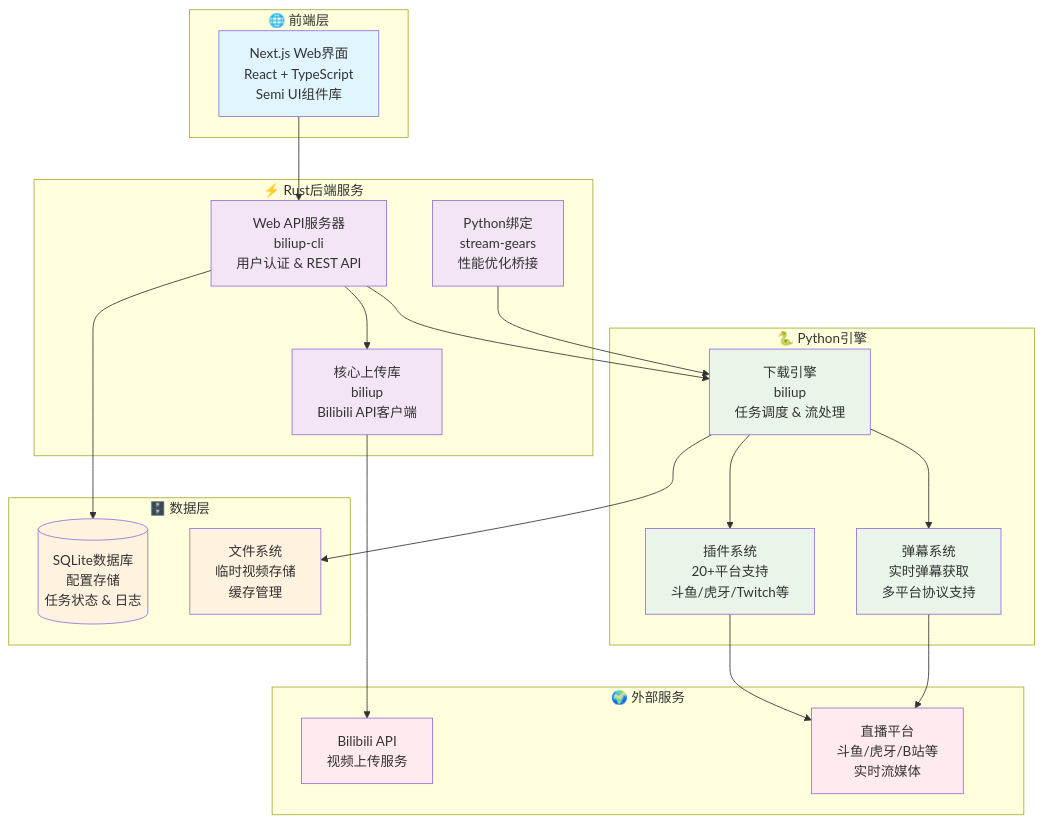
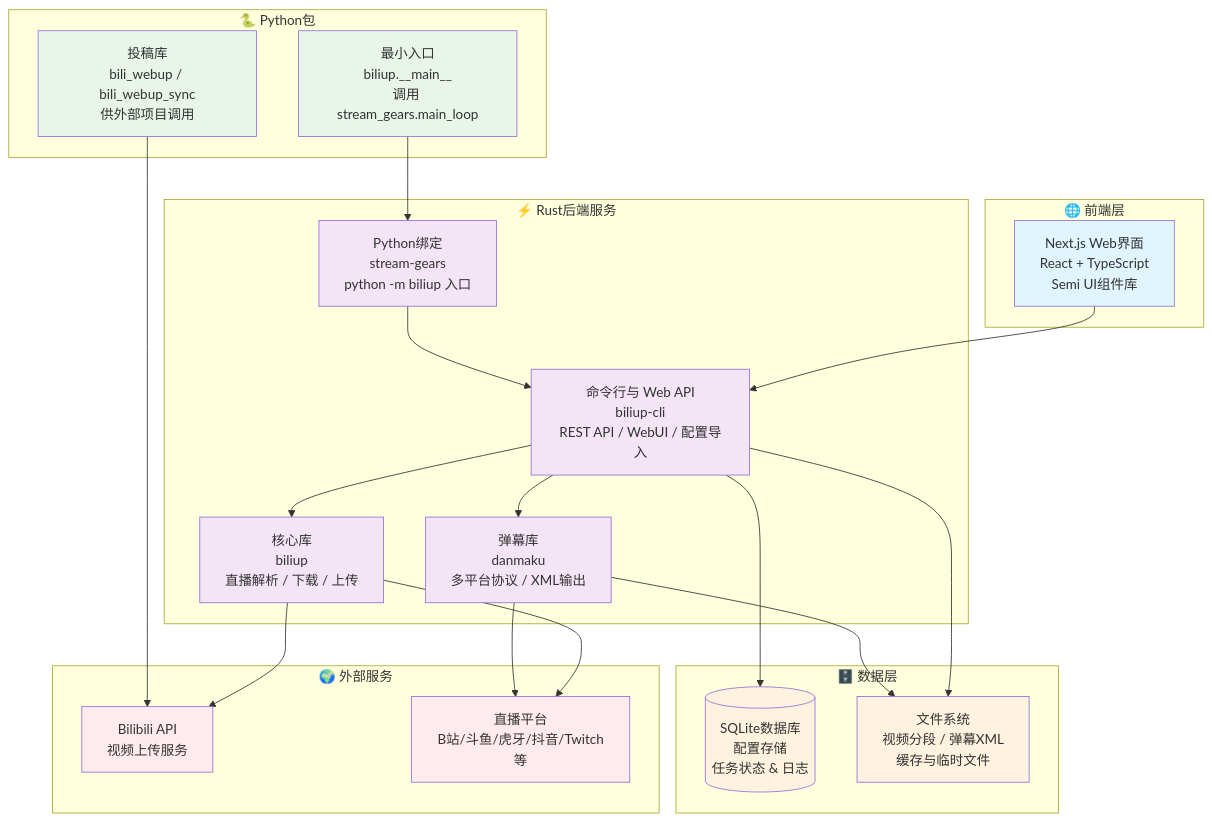
The diagram in README.md (biliup/biliup), drawn with Mermaid before and after one commit. The commit also changed other lines of this file and 25 other files, not shown here.

````diff
--- a/README.md
+++ b/README.md
@@ -113,52 +134,53 @@
 ```mermaid
 graph TB
     subgraph "🌐 前端层"
         UI[Next.js Web界面<br/>React + TypeScript<br/>Semi UI组件库]
     end
-    
+
     subgraph "⚡ Rust后端服务"
-        CLI[Web API服务器<br/>biliup-cli<br/>用户认证 & REST API]
-        CORE[核心上传库<br/>biliup<br/>Bilibili API客户端]
-        GEARS[Python绑定<br/>stream-gears<br/>性能优化桥接]
+        CLI[命令行与 Web API<br/>biliup-cli<br/>REST API / WebUI / 配置导入]
+        CORE[核心库<br/>biliup<br/>直播解析 / 下载 / 上传]
+        DANMAKU[弹幕库<br/>danmaku<br/>多平台协议 / XML输出]
+        GEARS[Python绑定<br/>stream-gears<br/>python -m biliup 入口]
     end
-    
-    subgraph "🐍 Python引擎"
-        ENGINE[下载引擎<br/>biliup<br/>任务调度 & 流处理]
-        PLUGINS[插件系统<br/>20+平台支持<br/>斗鱼/虎牙/Twitch等]
-        DANMAKU[弹幕系统<br/>实时弹幕获取<br/>多平台协议支持]
+
+    subgraph "🐍 Python包"
+        PYENTRY[最小入口<br/>biliup.__main__<br/>调用 stream_gears.main_loop]
+        PYUPLOAD[投稿库<br/>bili_webup / bili_webup_sync<br/>供外部项目调用]
     end
-    
+
     subgraph "🗄️ 数据层"
         DB[(SQLite数据库<br/>配置存储<br/>任务状态 & 日志)]
-        FILES[文件系统<br/>临时视频存储<br/>缓存管理]
+        FILES[文件系统<br/>视频分段 / 弹幕XML<br/>缓存与临时文件]
     end
-    
+
     subgraph "🌍 外部服务"
         BILI[Bilibili API<br/>视频上传服务]
-        STREAMS[直播平台<br/>斗鱼/虎牙/B站等<br/>实时流媒体]
+        STREAMS[直播平台<br/>B站/斗鱼/虎牙/抖音/Twitch等]
     end
-    
+
     UI --> CLI
     CLI --> CORE
-    CLI --> ENGINE
+    CLI --> DANMAKU
     CLI --> DB
-    GEARS --> ENGINE
-    ENGINE --> PLUGINS
-    ENGINE --> DANMAKU
-    ENGINE --> FILES
+    CLI --> FILES
+    CORE --> STREAMS
     CORE --> BILI
-    PLUGINS --> STREAMS
     DANMAKU --> STREAMS
-    
+    DANMAKU --> FILES
+    GEARS --> CLI
+    PYENTRY --> GEARS
+    PYUPLOAD --> BILI
+
     style UI fill:#e1f5fe
     style CLI fill:#f3e5f5
     style CORE fill:#f3e5f5
+    style DANMAKU fill:#f3e5f5
     style GEARS fill:#f3e5f5
-    style ENGINE fill:#e8f5e8
-    style PLUGINS fill:#e8f5e8
-    style DANMAKU fill:#e8f5e8
+    style PYENTRY fill:#e8f5e8
+    style PYUPLOAD fill:#e8f5e8
     style DB fill:#fff3e0
     style FILES fill:#fff3e0
     style BILI fill:#ffebee
     style STREAMS fill:#ffebee
 ```
````
